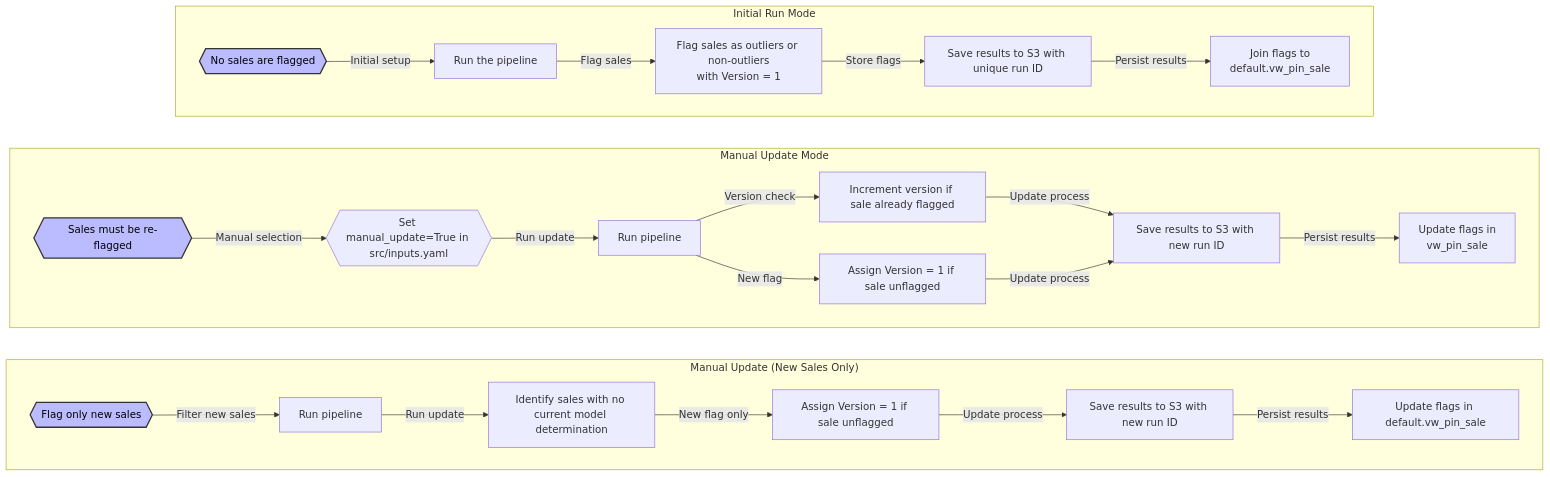
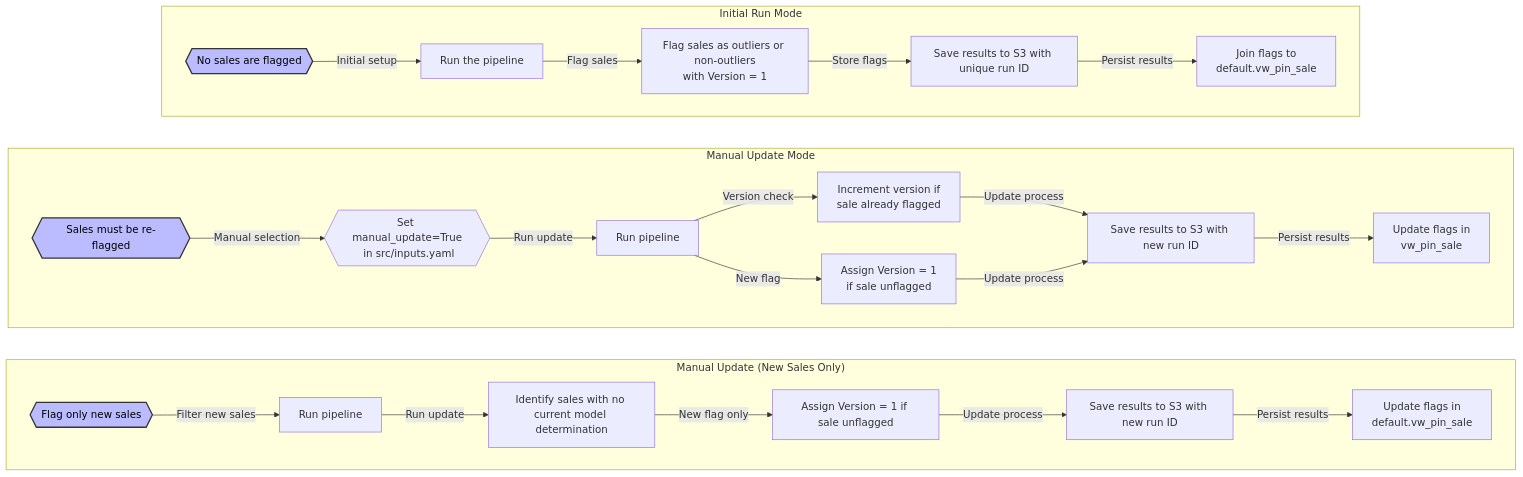
Before and after one commit to ccao-data/model-sales-val: the first of 2 diagrams in README.md, drawn with Mermaid.

Commit message:
Add line breaks

````diff
--- a/README.md
+++ b/README.md
@@ -93,58 +93,58 @@
 ```mermaid
 graph TB
     subgraph initial["Initial Run Mode"]
         direction LR
         A1{{"No sales are flagged"}}
         B1[Run the pipeline]
         C1[Flag sales as outliers or non-outliers<br>with Version = 1]
         D1[Save results to S3 with unique run ID]
         E1[Join flags to<br>default.vw_pin_sale]
 
         A1 -->|Initial setup| B1
         B1 -->|Flag sales| C1
         C1 -->|Store flags| D1
         D1 -->|Persist results| E1
     end
 
     subgraph manual["Manual Update Mode"]
         direction LR
         A3{{"Sales must be re-flagged"}}
-        B3{{"Set manual_update=True in src/inputs.yaml"}}
+        B3{{"Set manual_update=True<br> in src/inputs.yaml"}}
         C3[Run pipeline]
-        D3[Increment version if sale already flagged]
-        E3[Assign Version = 1 if sale unflagged]
+        D3[Increment version if <br>sale already flagged]
+        E3[Assign Version = 1 <br>if sale unflagged]
         F3[Save results to S3 with new run ID]
         G3[Update flags in <br>vw_pin_sale]
 
         A3 -->|Manual selection| B3
         B3 -->|Run update| C3
         C3 -->|Version check| D3
         D3 -->|Update process| F3
         C3 -->|New flag| E3
         E3 -->|Update process| F3
         F3 -->|Persist results| G3
     end
 
     subgraph new_only["Manual Update (New Sales Only)"]
         direction LR
         A4{{"Flag only new sales"}}
         B4[Run pipeline]
         C4[Identify sales with no current model determination]
         E4[Assign Version = 1 if sale unflagged]
         F4[Save results to S3 with new run ID]
-        G4[Update flags in default.vw_pin_sale]
+        G4[Update flags in <br>default.vw_pin_sale]
 
         A4 -->|Filter new sales| B4
         B4 -->|Run update| C4
         C4 -->|New flag only| E4
         E4 -->|Update process| F4
         F4 -->|Persist results| G4
     end
 
     initial ~~~ manual
     manual ~~~ new_only
 
     style A1 fill:#bbf,stroke:#333,stroke-width:2px,color:#000
     style A3 fill:#bbf,stroke:#333,stroke-width:2px,color:#000
     style A4 fill:#bbf,stroke:#333,stroke-width:2px,color:#000
 ```
````
